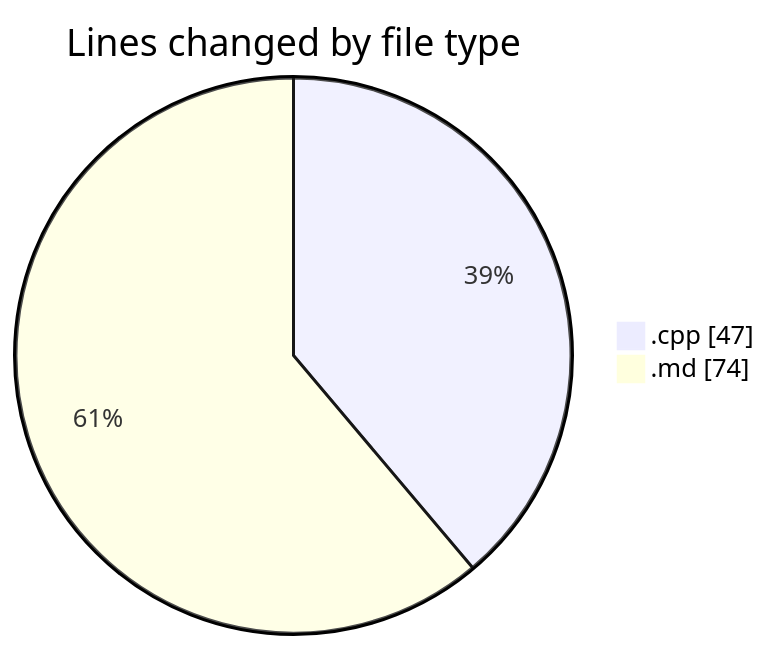
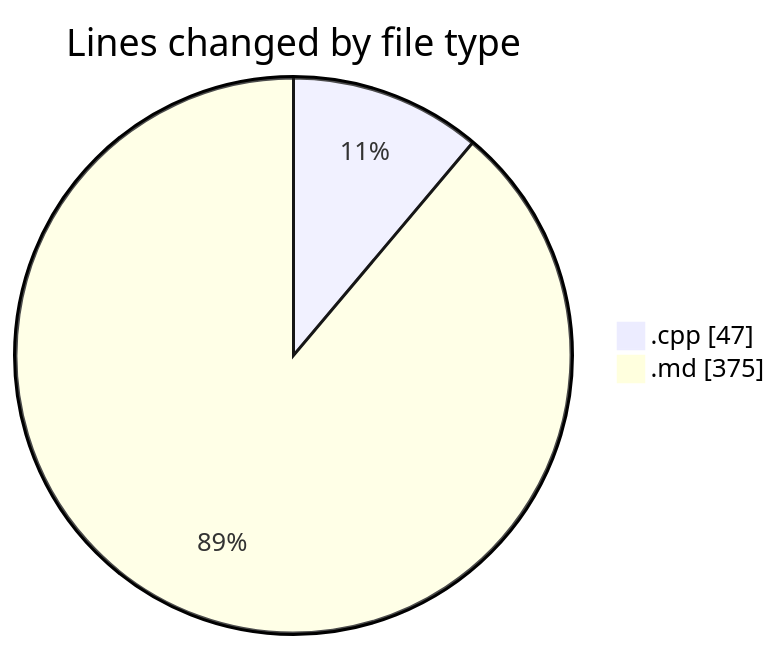
Before and after one commit to ernivani/code-tracking: the first of 2 diagrams in repositories/2024-12-29/leetcode-solutions/README.md, drawn with Mermaid. The commit also changed other lines of this file and 1 other file, not shown here.

````diff
--- a/repositories/2024-12-29/leetcode-solutions/README.md
+++ b/repositories/2024-12-29/leetcode-solutions/README.md
@@ -21,6 +22,6 @@
 ```mermaid
 pie showData
 title Lines changed by file type
 ".cpp" : 47
-".md" : 74
+".md" : 375
 ```
````
